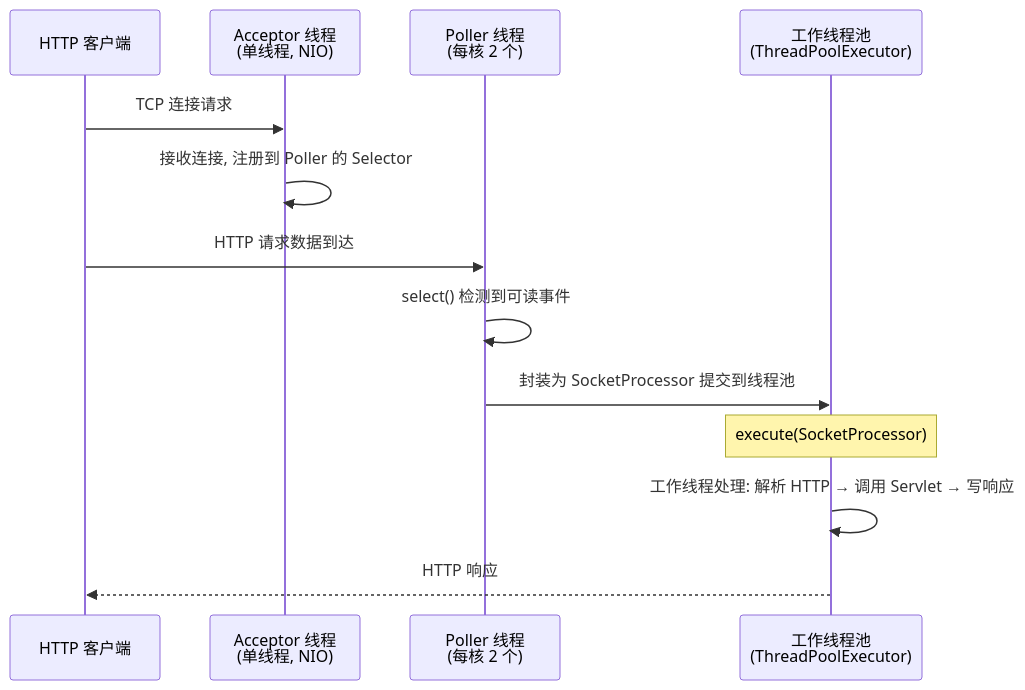
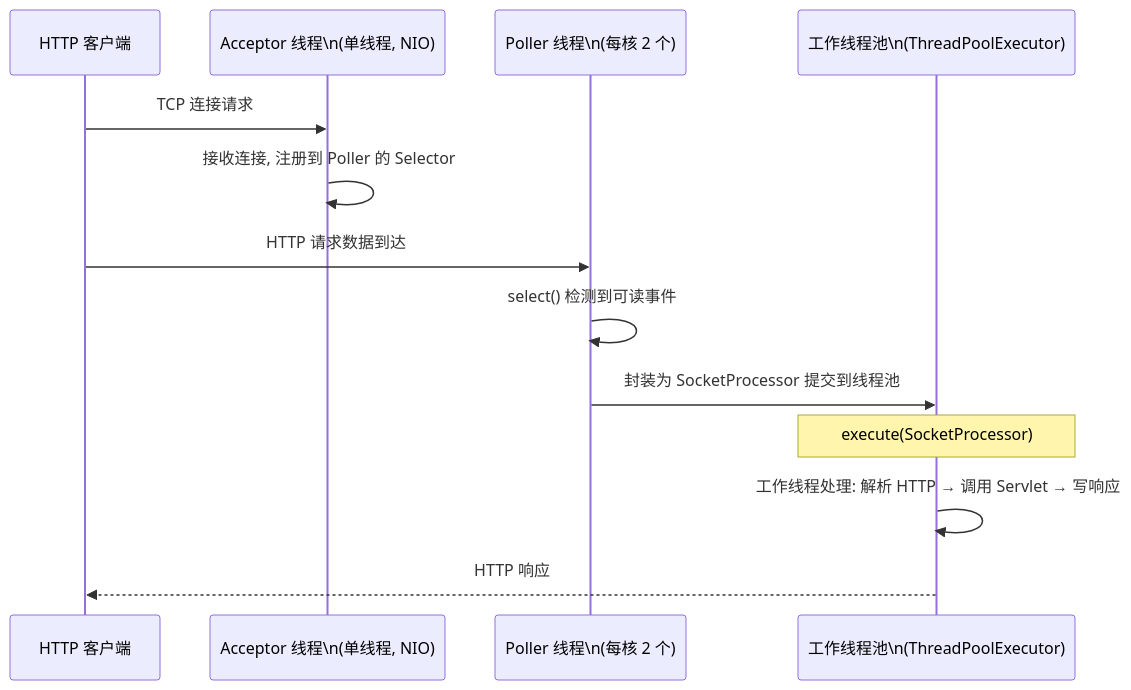
The second of 6 diagrams in content/posts/concurrency/JucInMiddleware.md (yaocat55/yaocat55.github.io), drawn with Mermaid before and after one commit. The commit also changed other lines of this file and 155 other files, not shown here.

````diff
--- a/content/posts/concurrency/JucInMiddleware.md
+++ b/content/posts/concurrency/JucInMiddleware.md
@@ -159,18 +159,18 @@
 ```mermaid
 sequenceDiagram
     participant CLIENT as HTTP 客户端
-    participant ACCEPTOR as Acceptor 线程<br/>(单线程, NIO)
-    participant POLLER as Poller 线程<br/>(每核 2 个)
-    participant POOL as 工作线程池<br/>(ThreadPoolExecutor)
+    participant ACCEPTOR as Acceptor 线程\n(单线程, NIO)
+    participant POLLER as Poller 线程\n(每核 2 个)
+    participant POOL as 工作线程池\n(ThreadPoolExecutor)
 
     CLIENT->>ACCEPTOR: TCP 连接请求
     ACCEPTOR->>ACCEPTOR: 接收连接, 注册到 Poller 的 Selector
 
     CLIENT->>POLLER: HTTP 请求数据到达
     POLLER->>POLLER: select() 检测到可读事件
     POLLER->>POOL: 封装为 SocketProcessor 提交到线程池
     Note over POOL: execute(SocketProcessor)
 
     POOL->>POOL: 工作线程处理: 解析 HTTP → 调用 Servlet → 写响应
     POOL-->>CLIENT: HTTP 响应
 ```
````
